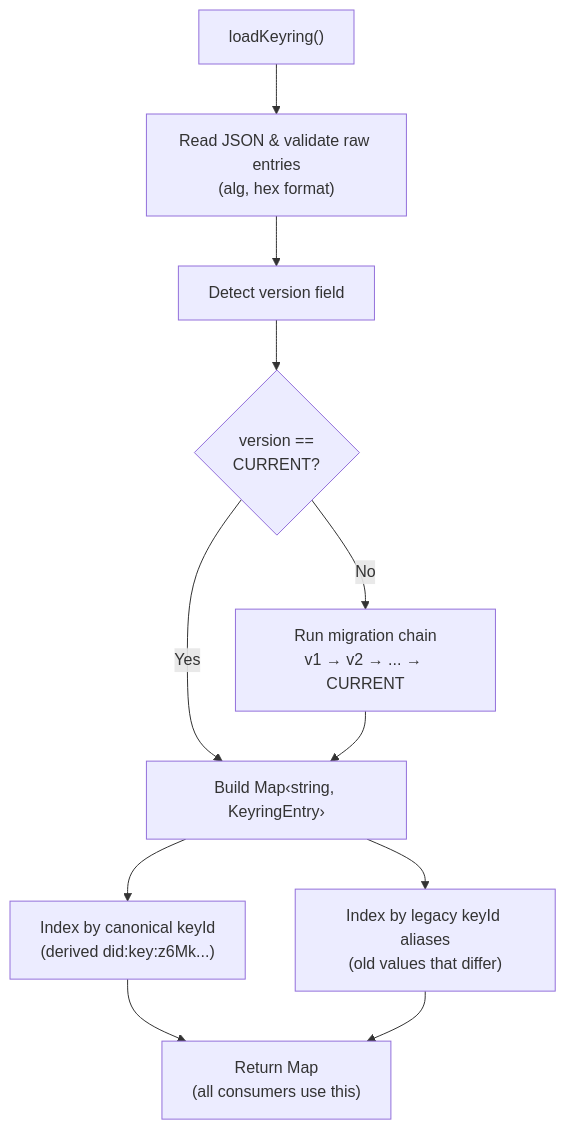
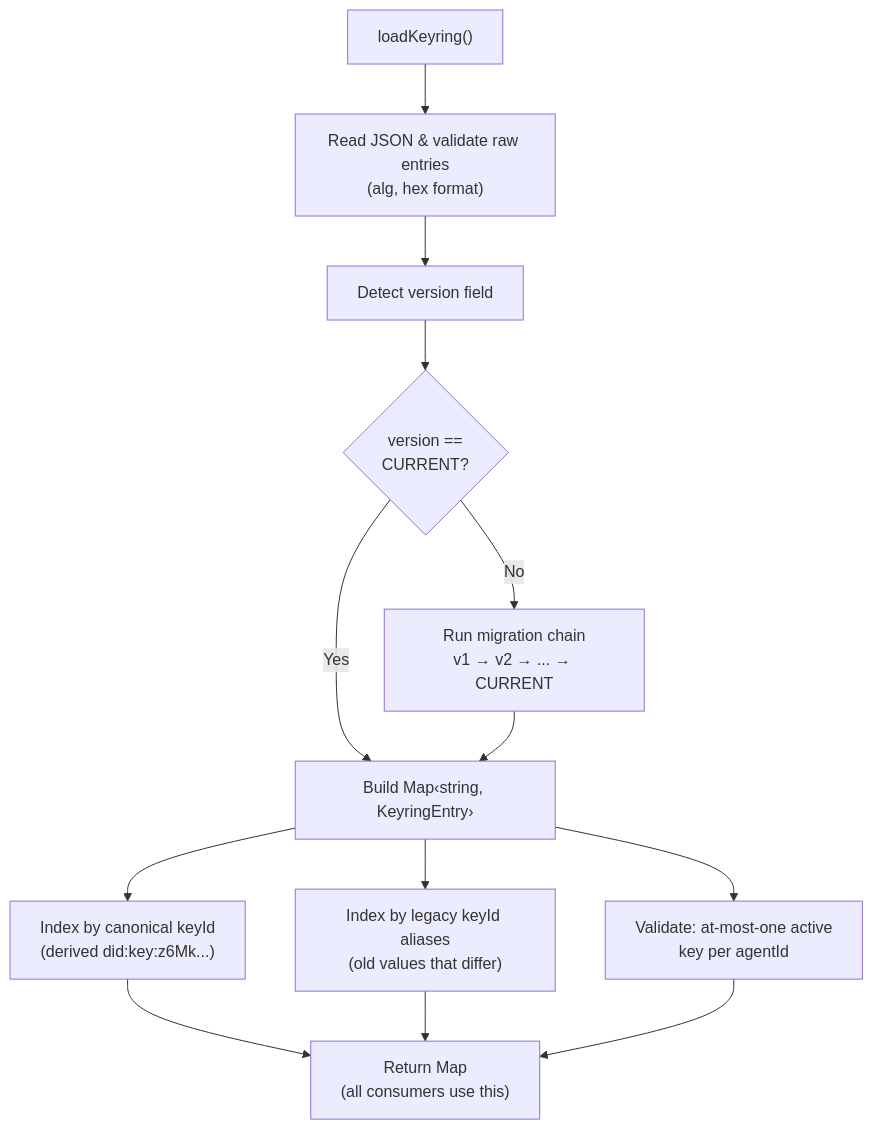
The diagram in docs/diagrams/keyring-migration.mmd (flyingrobots/xyph), drawn with Mermaid before and after one commit. The commit also changed 14 other files, not shown here.

```diff
--- a/docs/diagrams/keyring-migration.mmd
+++ b/docs/diagrams/keyring-migration.mmd
@@ -1,11 +1,13 @@
 flowchart TD
     A["loadKeyring()"] --> B["Read JSON & validate raw entries\n(alg, hex format)"]
     B --> C["Detect version field"]
     C --> D{"version ==\nCURRENT?"}
     D -- No --> E["Run migration chain\nv1 → v2 → ... → CURRENT"]
     D -- Yes --> F["Build Map‹string, KeyringEntry›"]
     E --> F
     F --> G["Index by canonical keyId\n(derived did:key:z6Mk...)"]
     F --> H["Index by legacy keyId aliases\n(old values that differ)"]
+    F --> J["Validate: at-most-one active\nkey per agentId"]
     G --> I["Return Map\n(all consumers use this)"]
     H --> I
+    J --> I
```
